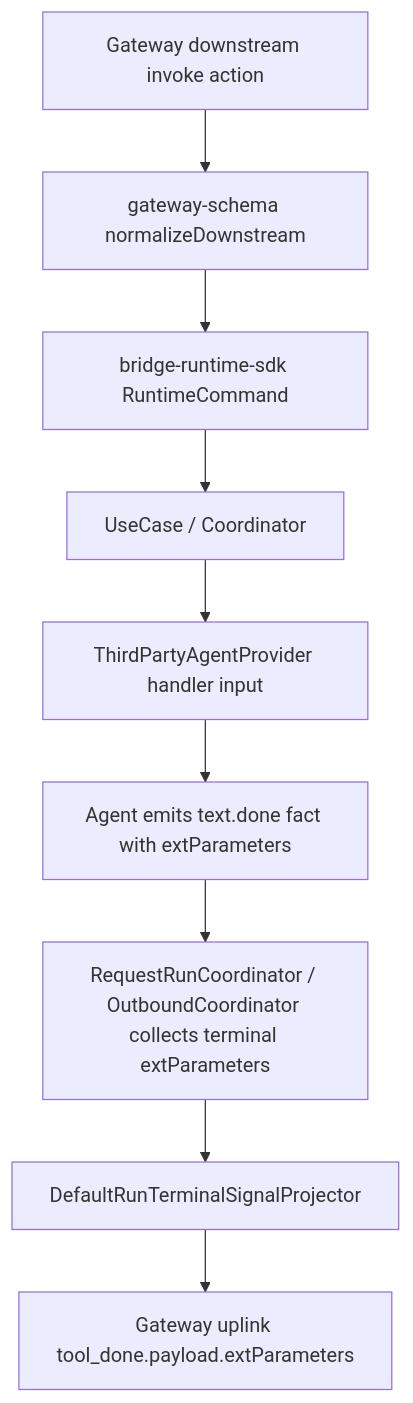
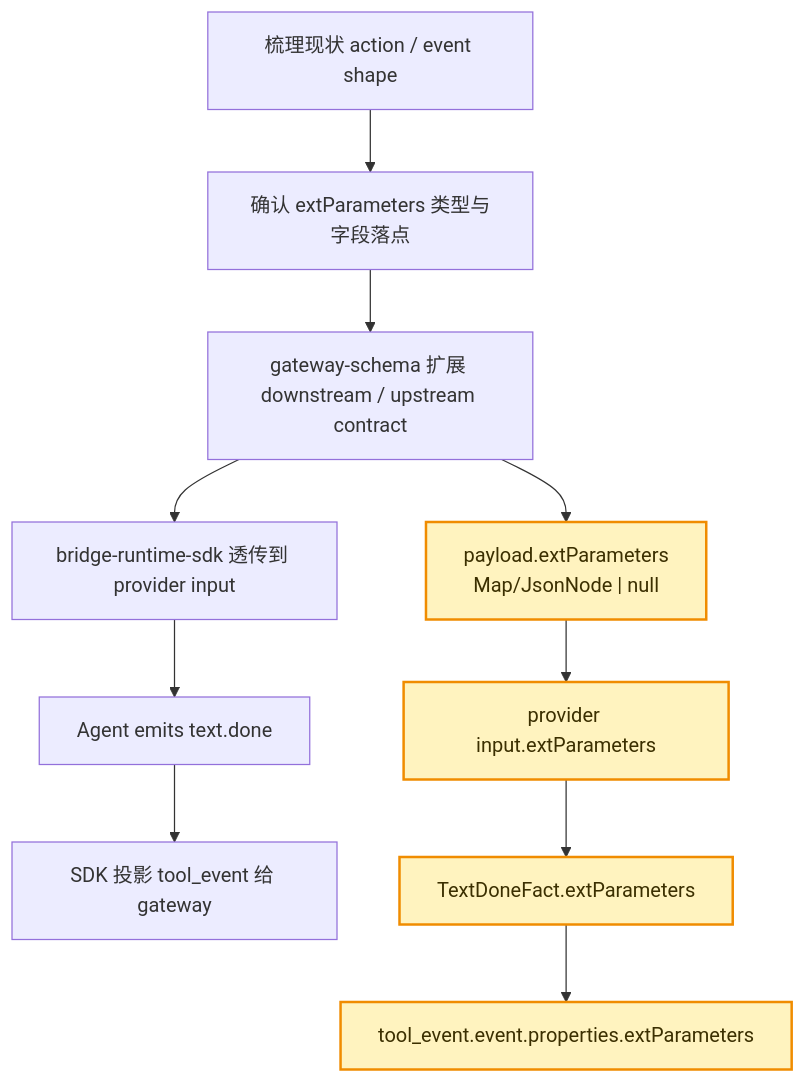
Before and after one commit to yuzhangCZ/agent-plugin: the first of 3 diagrams in packages/bridge-runtime-sdk/docs/design/ext-parameters-bidirectional-pass-through.md, drawn with Mermaid. The commit also changed other lines of this file, not shown here.

Commit message:
docs: refine extParameters contract analysis

````diff
--- a/packages/bridge-runtime-sdk/docs/design/ext-parameters-bidirectional-pass-through.md
+++ b/packages/bridge-runtime-sdk/docs/design/ext-parameters-bidirectional-pass-through.md
@@ -52,11 +119,16 @@
 ```mermaid
 flowchart TD
-    G["Gateway downstream invoke action"] --> S["gateway-schema normalizeDownstream"]
-    S --> R["bridge-runtime-sdk RuntimeCommand"]
-    R --> U["UseCase / Coordinator"]
-    U --> A["ThirdPartyAgentProvider handler input"]
-    A --> F["Agent emits text.done fact with extParameters"]
-    F --> C["RequestRunCoordinator / OutboundCoordinator collects terminal extParameters"]
-    C --> P["DefaultRunTerminalSignalProjector"]
-    P --> O["Gateway uplink tool_done.payload.extParameters"]
+    A["梳理现状 action / event shape"] --> B["确认 extParameters 类型与字段落点"]
+    B --> C["gateway-schema 扩展 downstream / upstream contract"]
+    C --> D["bridge-runtime-sdk 透传到 provider input"]
+    D --> E["Agent emits text.done"]
+    E --> F["SDK 投影 tool_event 给 gateway"]
+
+    C --> C1["payload.extParameters<br/>Map/JsonNode | null"]
+    C1 --> D1["provider input.extParameters"]
+    D1 --> E1["TextDoneFact.extParameters"]
+    E1 --> F1["tool_event.event.properties.extParameters"]
+
+    classDef ext fill:#fff3bf,stroke:#f08c00,stroke-width:2px,color:#3b2f00;
+    class C1,D1,E1,F1 ext;
 ```
````
